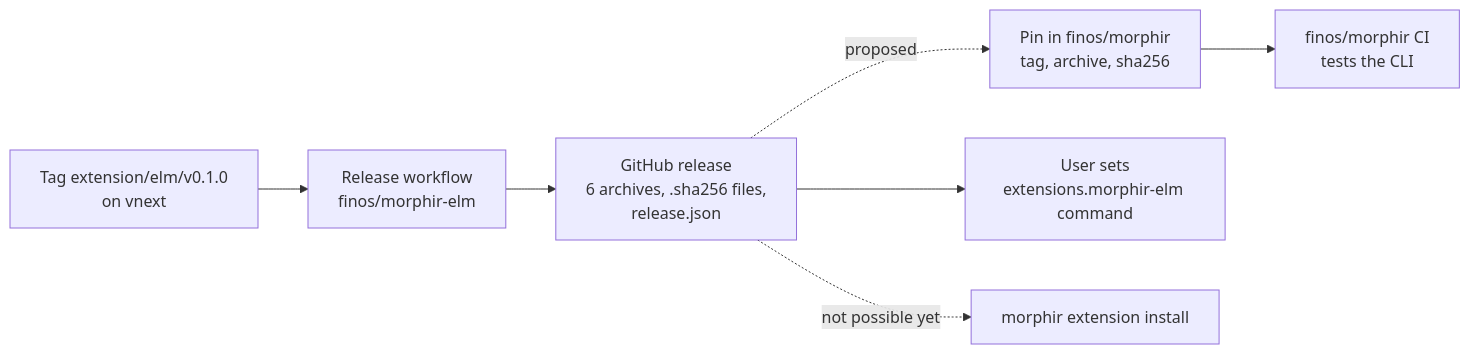
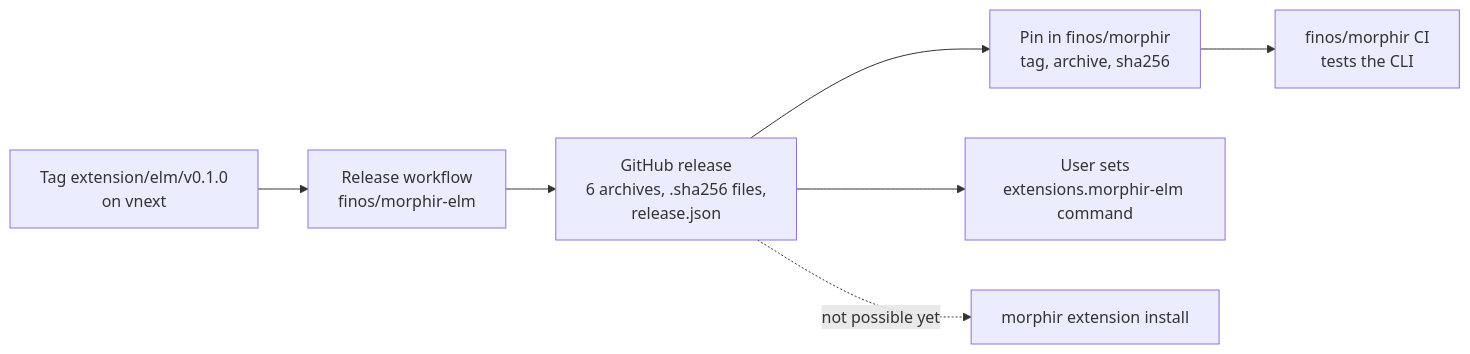
The diagram in kb/bundles/morphir/morphir-extensions/design/elm-extension-delivery.md (finos/morphir), drawn with Mermaid before and after one commit. The commit also changed other lines of this file and 7 other files, not shown here.

````diff
--- a/kb/bundles/morphir/morphir-extensions/design/elm-extension-delivery.md
+++ b/kb/bundles/morphir/morphir-extensions/design/elm-extension-delivery.md
@@ -52,14 +52,14 @@
 ```mermaid
 flowchart LR
   tag[Tag extension/elm/v0.1.0<br/>on vnext]
   wf[Release workflow<br/>finos/morphir-elm]
   rel[GitHub release<br/>6 archives, .sha256 files,<br/>release.json]
   pin[Pin in finos/morphir<br/>tag, archive, sha256]
   ci[finos/morphir CI<br/>tests the CLI]
   user[User sets<br/>extensions.morphir-elm command]
   install[morphir extension install]
   tag --> wf --> rel
-  rel -.->|proposed| pin --> ci
+  rel --> pin --> ci
   rel --> user
   rel -.->|not possible yet| install
 ```
````
